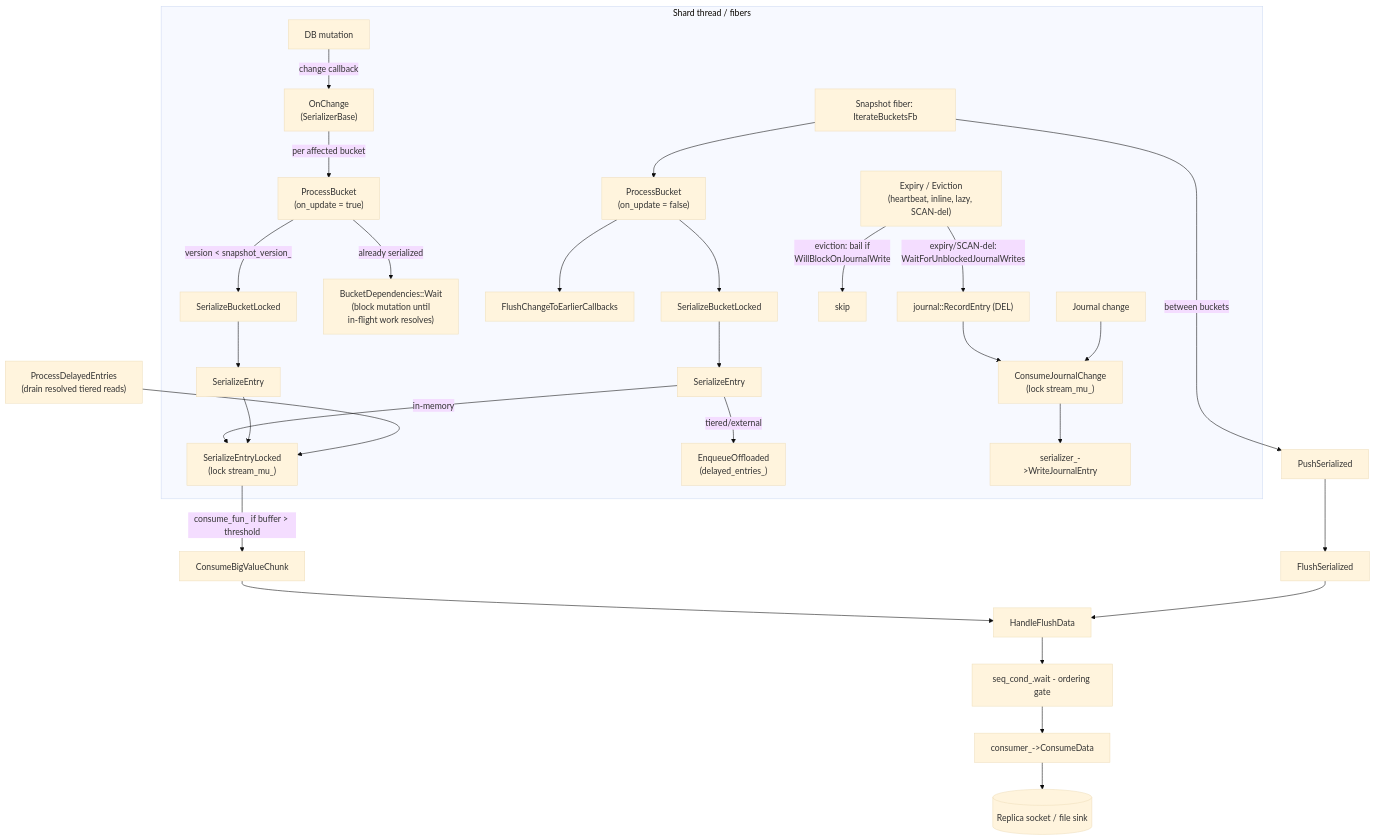
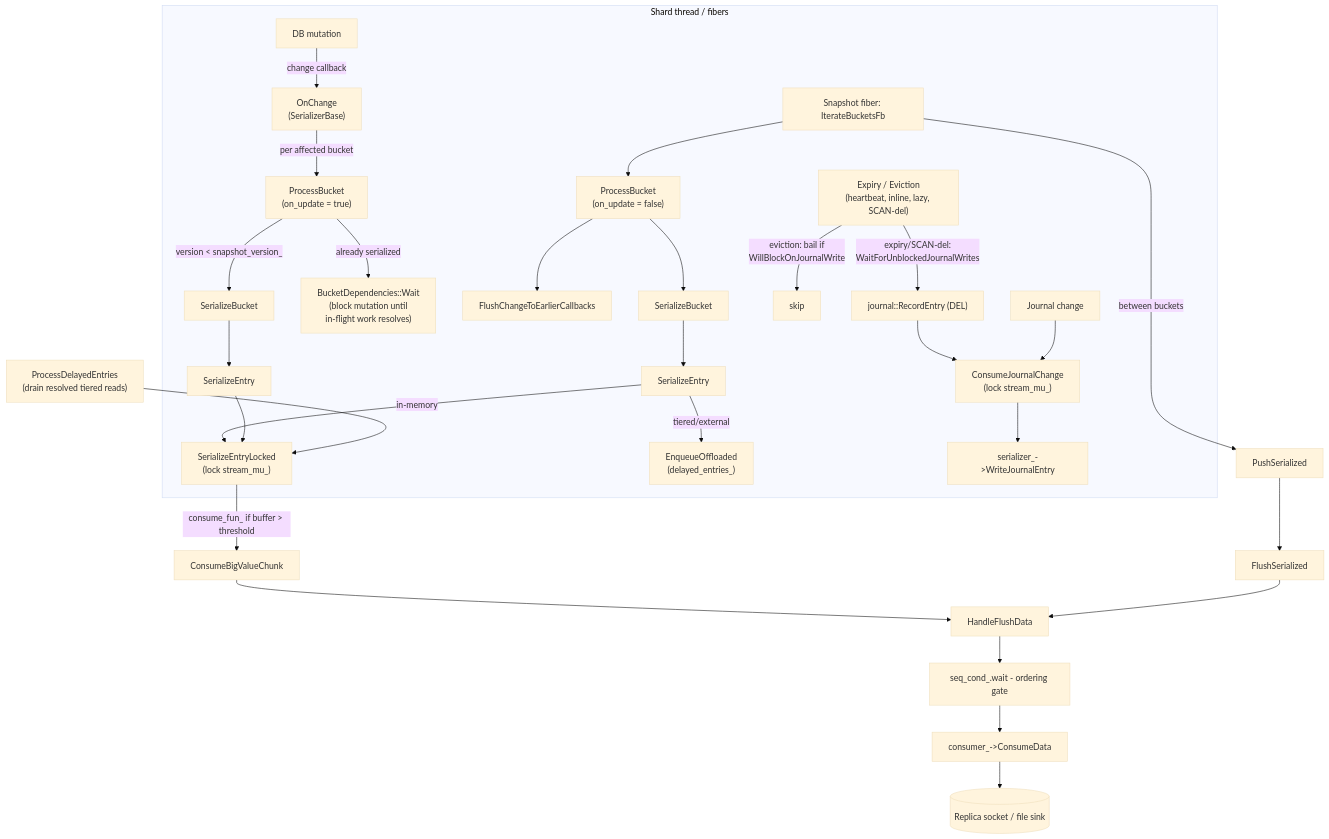
Before and after one commit to dragonflydb/dragonfly: the first of 2 diagrams in docs/shard-serialization.md, drawn with Mermaid (base theme). The commit also changed other lines of this file and 5 other files, not shown here.

First line of the commit message:
refactor(server): rename SerializeBucketLocked to SerializeBucket

````diff
--- a/docs/shard-serialization.md
+++ b/docs/shard-serialization.md
@@ -53,39 +53,39 @@
 ```mermaid
 flowchart TD
   subgraph ShardThread[Shard thread / fibers]
     MUT[DB mutation] -->|change callback| ODC["OnChange<br/>(SerializerBase)"]
     ODC -->|per affected bucket| PB1["ProcessBucket<br/>(on_update = true)"]
-    PB1 -->|version &lt; snapshot_version_| SBL1["SerializeBucketLocked"]
+    PB1 -->|version &lt; snapshot_version_| SBL1["SerializeBucket"]
     PB1 -->|already serialized| WAIT["BucketDependencies::Wait<br/>(block mutation until<br/>in-flight work resolves)"]
     SBL1 --> SE1["SerializeEntry"]
 
     TRAV["Snapshot fiber: IterateBucketsFb"] --> PB2["ProcessBucket<br/>(on_update = false)"]
     PB2 --> FCE["FlushChangeToEarlierCallbacks"]
-    PB2 --> SBL2["SerializeBucketLocked"]
+    PB2 --> SBL2["SerializeBucket"]
     SBL2 --> SE2["SerializeEntry"]
 
     SE2 -->|in-memory| SAVE2["SerializeEntryLocked<br/>(lock stream_mu_)"]
     SE2 -->|tiered/external| ENQ["EnqueueOffloaded<br/>(delayed_entries_)"]
     SE1 --> SAVE2
 
     EXP["Expiry / Eviction<br/>(heartbeat, inline, lazy, SCAN-del)"]
     EXP -->|"eviction: bail if<br/>WillBlockOnJournalWrite"| SKIP[skip]
     EXP -->|"expiry/SCAN-del:<br/>WaitForUnblockedJournalWrites"| JRN_DIRECT["journal::RecordEntry (DEL)"]
     JRN_DIRECT --> CJC
 
     JRN[Journal change] --> CJC["ConsumeJournalChange<br/>(lock stream_mu_)"]
     CJC --> WJE["serializer_->WriteJournalEntry"]
   end
 
   SAVE2 -->|consume_fun_ if buffer &gt; threshold| CBC["ConsumeBigValueChunk"]
   CBC --> HFD[HandleFlushData]
 
   TRAV -->|between buckets| PS["PushSerialized"]
   PDE["ProcessDelayedEntries<br/>(drain resolved tiered reads)"] --> SAVE2
   PS --> FS[FlushSerialized]
   FS --> HFD
 
   HFD --> SEQ["seq_cond_.wait - ordering gate"]
   SEQ --> CD["consumer_->ConsumeData"]
   CD --> SINK[(Replica socket / file sink)]
 ```
````
